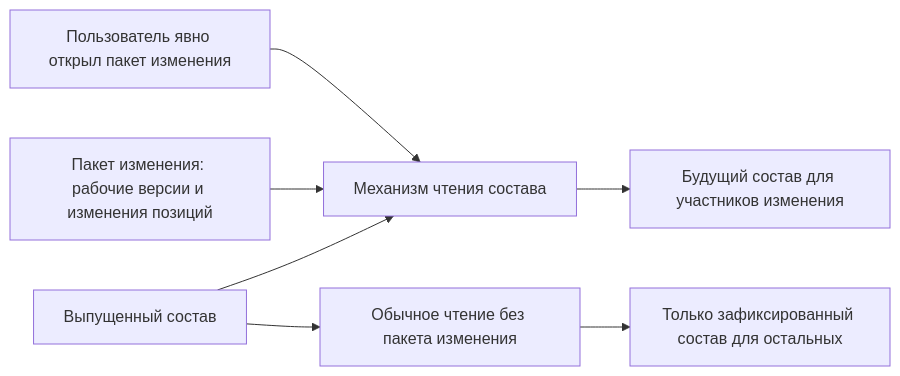
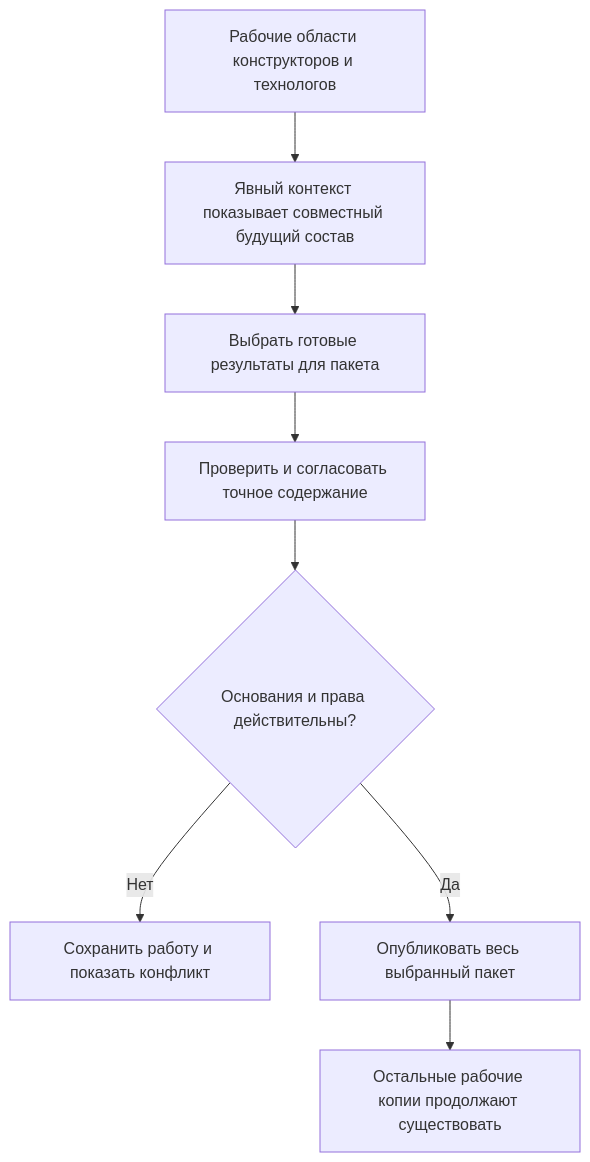
One commit to ZelAnton/Interlink-product-book changed the diagram in wiki/Selection-change-package.md. Above: the diagram before and after it, drawn with Mermaid. The commit also changed other lines of this file and 231 other files, not shown here.

````diff
--- a/wiki/Selection-change-package.md
+++ b/wiki/Selection-change-package.md
@@ -40,9 +27,10 @@
 ```mermaid
-flowchart LR
-    A["Выпущенный состав"] --> C["Механизм чтения состава"]
-    B["Пакет изменения: рабочие версии и изменения позиций"] --> C
-    D["Пользователь явно открыл пакет изменения"] --> C
-    C --> E["Будущий состав для участников изменения"]
-    A --> F["Обычное чтение без пакета изменения"]
-    F --> G["Только зафиксированный состав для остальных"]
+flowchart TD
+    A["Рабочие области конструкторов и технологов"] --> B["Явный контекст показывает совместный будущий состав"]
+    B --> C["Выбрать готовые результаты для пакета"]
+    C --> D["Проверить и согласовать точное содержание"]
+    D --> E{"Основания и права действительны?"}
+    E -->|Нет| F["Сохранить работу и показать конфликт"]
+    E -->|Да| G["Опубликовать весь выбранный пакет"]
+    G --> H["Остальные рабочие копии продолжают существовать"]
 ```
````
